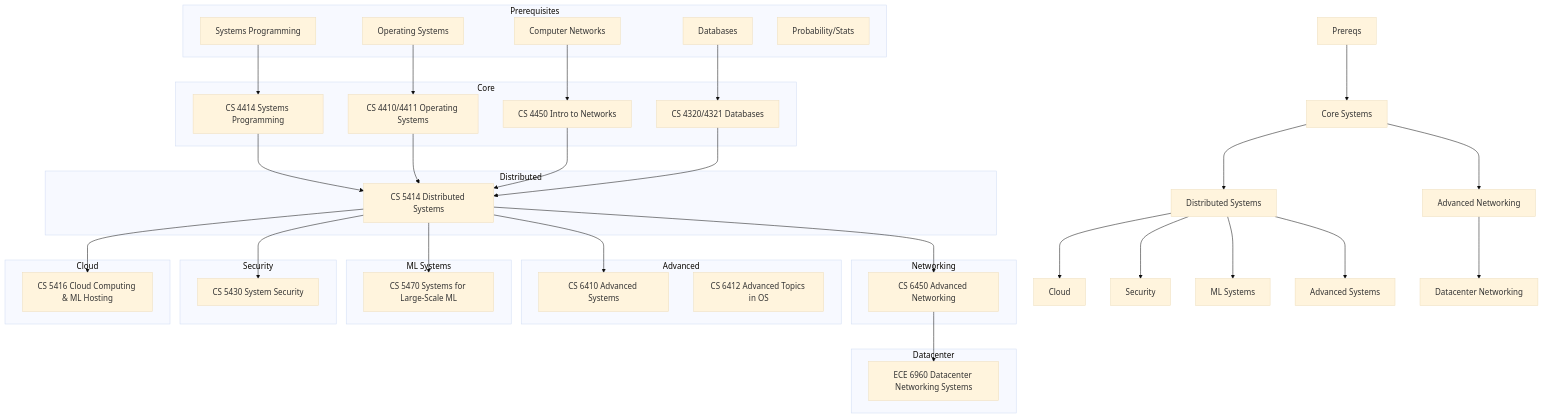
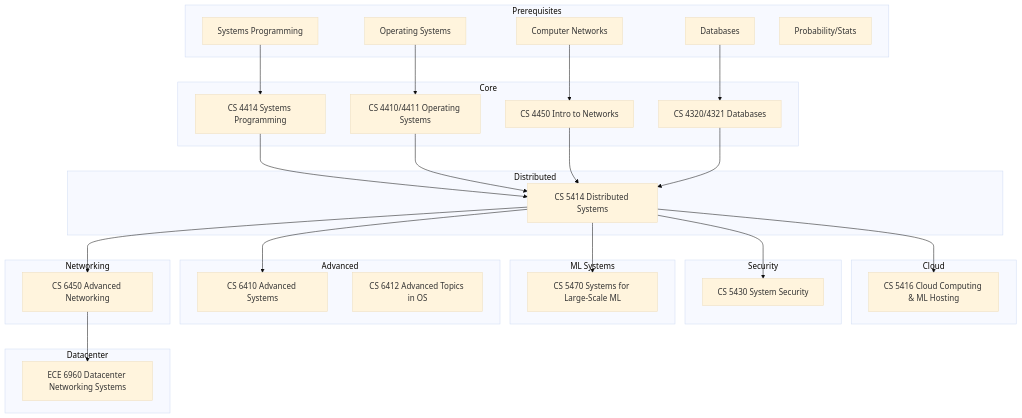
Before and after one commit to jmyphn/engineering-wiki: the diagram in csdistsys.md, drawn with Mermaid (base theme). The commit also changed 8 other files, not shown here.

````diff
--- a/csdistsys.md
+++ b/csdistsys.md
@@ -13,70 +13,61 @@
 ```mermaid
 flowchart TD
-  A[Prereqs] --> B[Core Systems]
-  B --> C[Distributed Systems]
-  C --> D[Cloud]
-  C --> E[Security]
-  C --> F[ML Systems]
-  C --> G[Advanced Systems]
-  B --> H[Advanced Networking]
-  H --> I[Datacenter Networking]
-
   subgraph A1[Prerequisites]
     A1a[Systems Programming]
     A1b[Operating Systems]
     A1c[Computer Networks]
     A1d[Databases]
     A1e[Probability/Stats]
   end
 
   subgraph B1[Core]
     B1a[CS 4414 Systems Programming]
     B1b[CS 4410/4411 Operating Systems]
     B1c[CS 4450 Intro to Networks]
     B1d[CS 4320/4321 Databases]
   end
 
   subgraph C1[Distributed]
     C1a[CS 5414 Distributed Systems]
   end
 
   subgraph D1[Cloud]
     D1a[CS 5416 Cloud Computing & ML Hosting]
   end
 
   subgraph E1[Security]
     E1a[CS 5430 System Security]
   end
 
   subgraph F1[ML Systems]
     F1a[CS 5470 Systems for Large-Scale ML]
   end
 
   subgraph G1[Advanced]
     G1a[CS 6410 Advanced Systems]
     G1b[CS 6412 Advanced Topics in OS]
   end
 
   subgraph H1[Networking]
     H1a[CS 6450 Advanced Networking]
   end
 
   subgraph I1[Datacenter]
     I1a[ECE 6960 Datacenter Networking Systems]
   end
 
   A1a --> B1a
   A1b --> B1b
   A1c --> B1c
   A1d --> B1d
   B1a --> C1a
   B1b --> C1a
   B1c --> C1a
   B1d --> C1a
   C1a --> D1a
   C1a --> E1a
   C1a --> F1a
   C1a --> G1a
   C1a --> H1a
   H1a --> I1a
 ```
````
